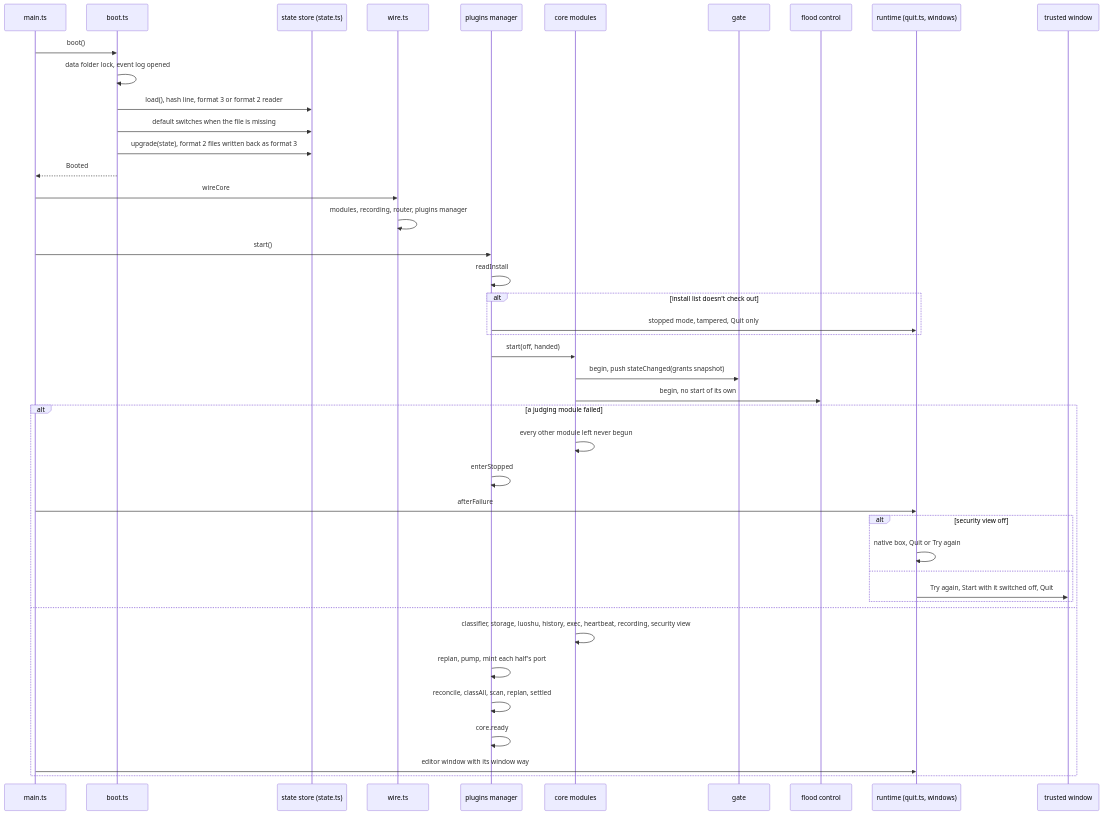
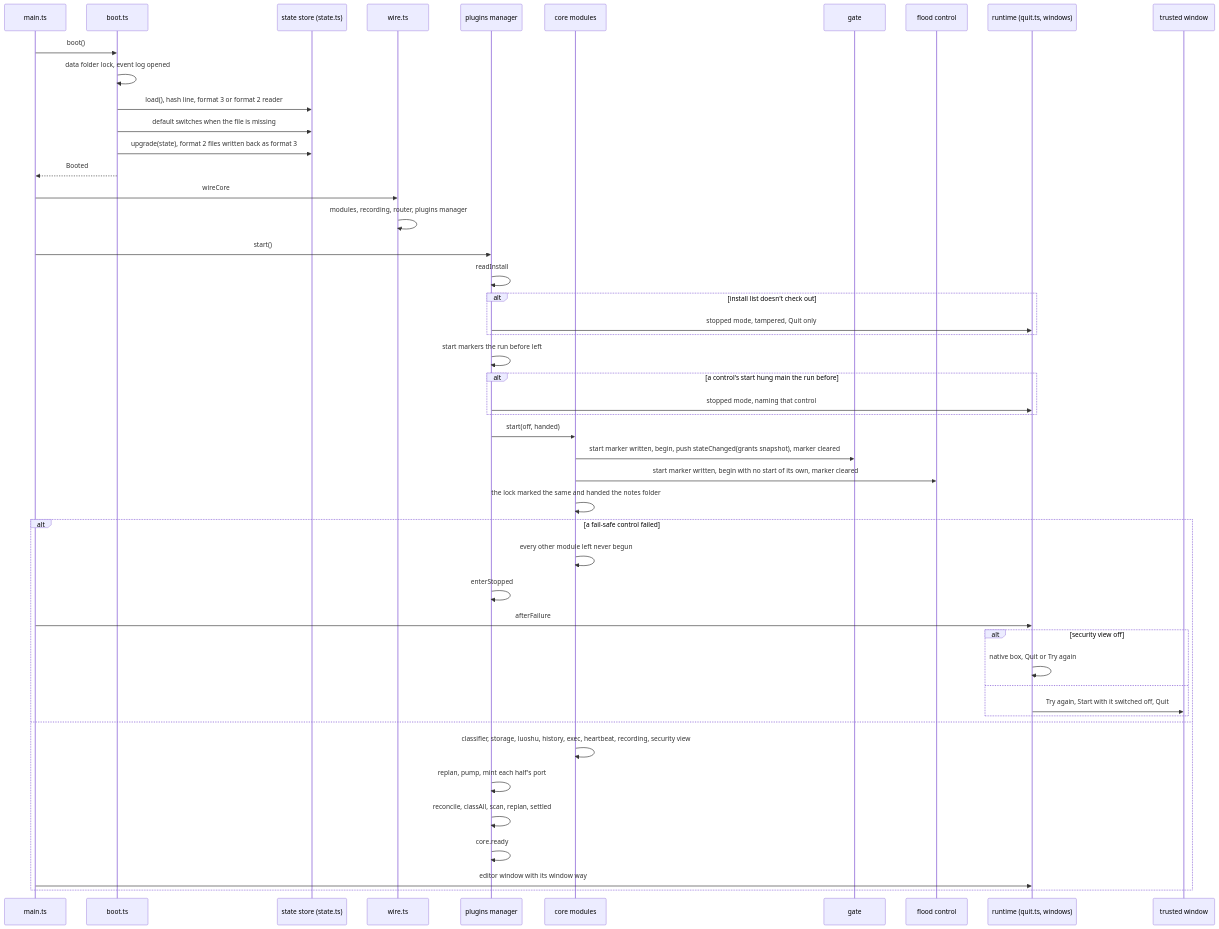
The fourth of 5 diagrams in docs/flows.md (QianChenTT/hetu), drawn with Mermaid before and after one commit. The commit also changed other lines of this file and 4 other files, not shown here.

First line of the commit message:
Bring the map, the five flows and the READMEs to main as the core build left it

````diff
--- a/docs/flows.md
+++ b/docs/flows.md
@@ -369,46 +374,51 @@
 ```mermaid
 sequenceDiagram
     participant MAIN as main.ts
     participant BOOT as boot.ts
     participant ST as state store (state.ts)
     participant WIRE as wire.ts
     participant PM as plugins manager
     participant M as core modules
     participant G as gate
     participant FC as flood control
     participant RT as runtime (quit.ts, windows)
     participant TW as trusted window
 
     MAIN->>BOOT: boot()
     BOOT->>BOOT: data folder lock, event log opened
     BOOT->>ST: load(), hash line, format 3 or format 2 reader
     BOOT->>ST: default switches when the file is missing
     BOOT->>ST: upgrade(state), format 2 files written back as format 3
     BOOT-->>MAIN: Booted
     MAIN->>WIRE: wireCore
     WIRE->>WIRE: modules, recording, router, plugins manager
     MAIN->>PM: start()
     PM->>PM: readInstall
     alt install list doesn't check out
         PM->>RT: stopped mode, tampered, Quit only
     end
+    PM->>PM: start markers the run before left
+    alt a control's start hung main the run before
+        PM->>RT: stopped mode, naming that control
+    end
     PM->>M: start(off, handed)
-    M->>G: begin, push stateChanged(grants snapshot)
-    M->>FC: begin, no start of its own
-    alt a judging module failed
+    M->>G: start marker written, begin, push stateChanged(grants snapshot), marker cleared
+    M->>FC: start marker written, begin with no start of its own, marker cleared
+    M->>M: the lock marked the same and handed the notes folder
+    alt a fail-safe control failed
         M->>M: every other module left never begun
         PM->>PM: enterStopped
         MAIN->>RT: afterFailure
         alt security view off
             RT->>RT: native box, Quit or Try again
         else
             RT->>TW: Try again, Start with it switched off, Quit
         end
     else
         M->>M: classifier, storage, luoshu, history, exec, heartbeat, recording, security view
         PM->>PM: replan, pump, mint each half's port
         PM->>PM: reconcile, classAll, scan, replan, settled
         PM->>PM: core.ready
         MAIN->>RT: editor window with its window way
     end
 ```
````
